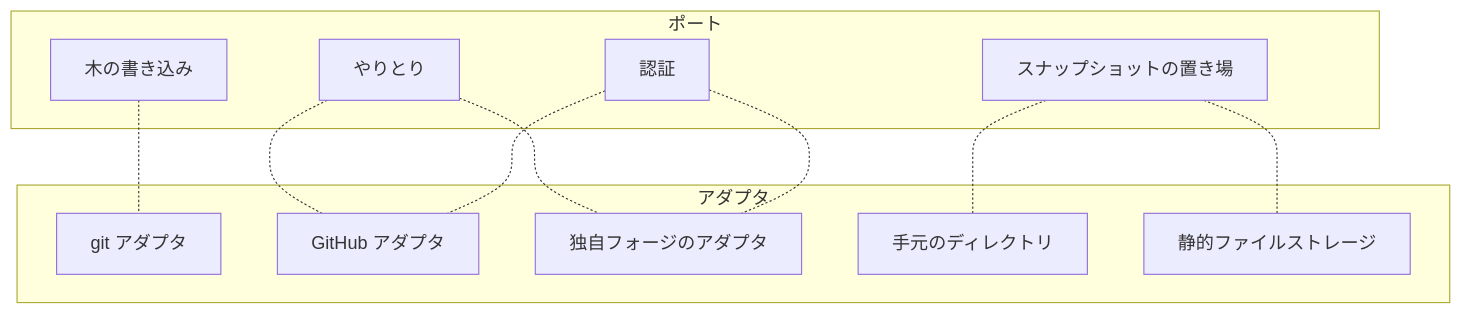
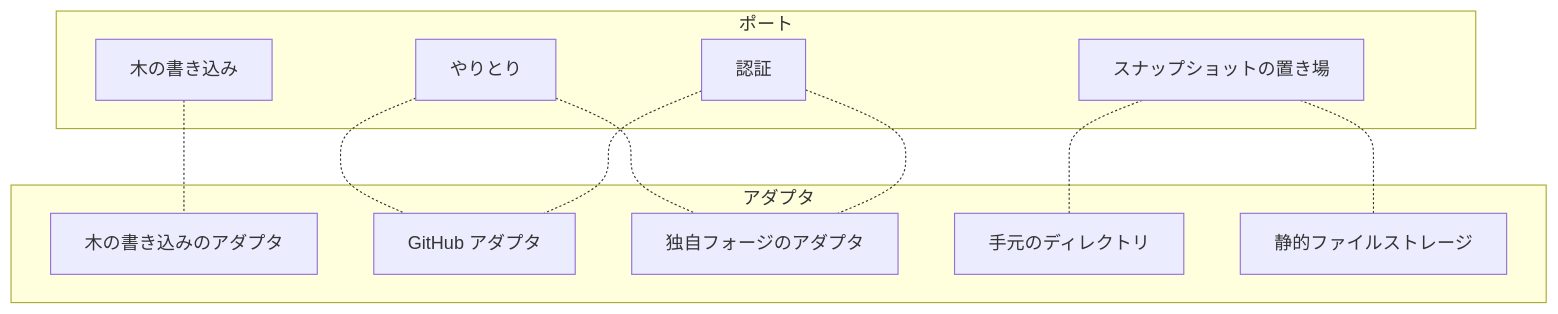
The diagram in design/backend/ports/README.md (yamambainc/logiforge), drawn with Mermaid before and after one commit. The commit also changed other lines of this file and 20 other files, not shown here.

````diff
--- a/design/backend/ports/README.md
+++ b/design/backend/ports/README.md
@@ -20,23 +20,23 @@
 ```mermaid
 flowchart TB
   subgraph PT["ポート"]
     P1["木の書き込み"]
     P2["やりとり"]
     P4["スナップショットの置き場"]
     P3["認証"]
   end
   subgraph AD["アダプタ"]
-    GA["git アダプタ"]
+    GA["木の書き込みのアダプタ"]
     GH["GitHub アダプタ"]
     NFA["独自フォージのアダプタ"]
     DIR["手元のディレクトリ"]
     OBJ["静的ファイルストレージ"]
   end
   P1 -.- GA
   P2 -.- GH
   P3 -.- GH
   P2 -.- NFA
   P3 -.- NFA
   P4 -.- DIR
   P4 -.- OBJ
 ```
````
